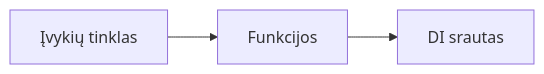
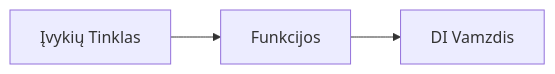
Before and after one commit to microsoft/AZD-for-beginners: the second of 2 diagrams in translations/lt/docs/chapter-08-production/README.md, drawn with Mermaid. The commit also changed other lines of this file and 101 other files, not shown here.

````diff
--- a/translations/lt/docs/chapter-08-production/README.md
+++ b/translations/lt/docs/chapter-08-production/README.md
@@ -54,4 +56,4 @@
 ```mermaid
 graph LR
-    EventGrid[Įvykių tinklas] --> Functions[Funkcijos] --> Pipeline[DI srautas]
+    EventGrid[Įvykių Tinklas] --> Functions[Funkcijos] --> Pipeline[DI Vamzdis]
 ```
````
